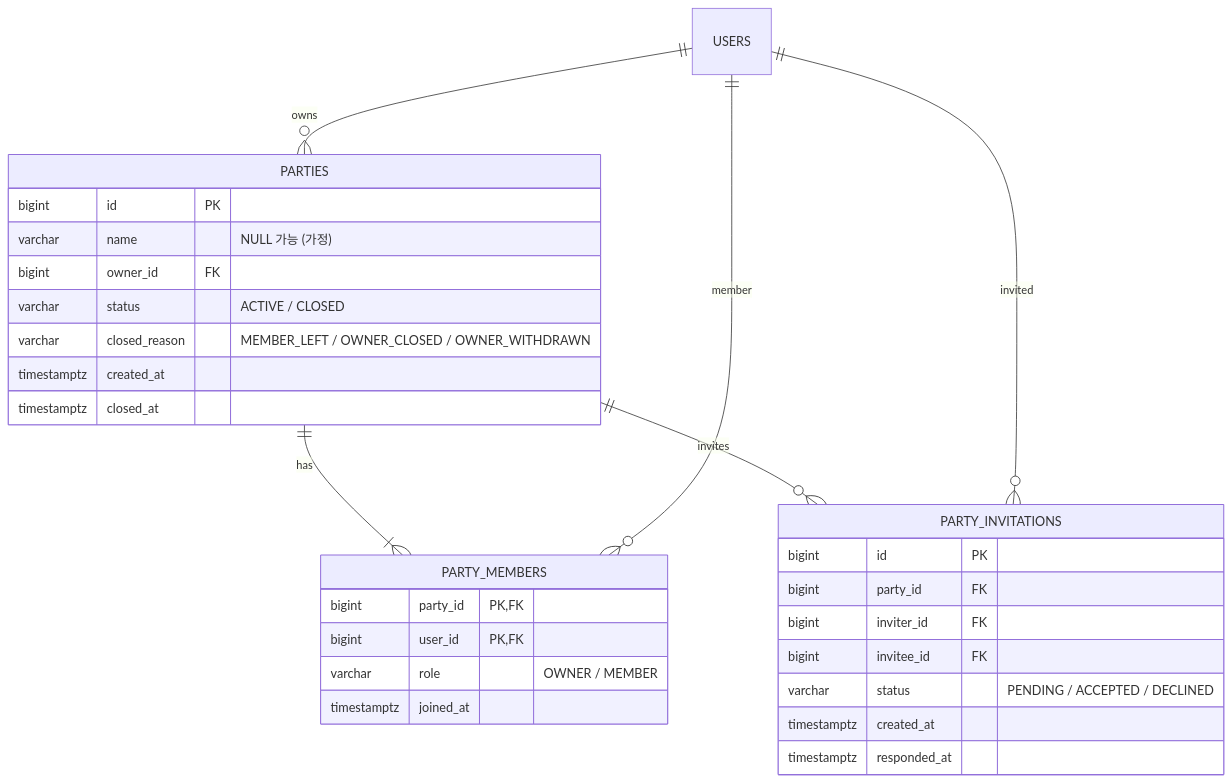
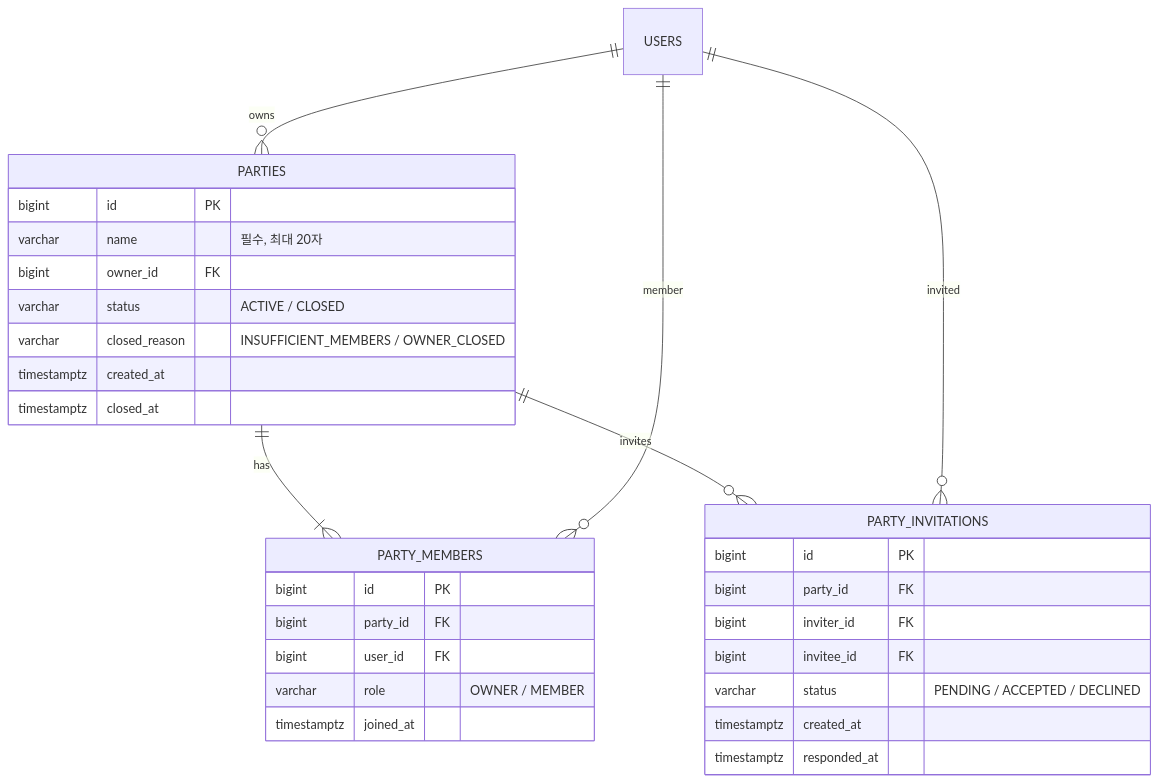
The sixth of 8 diagrams in docs/erd.md (koongya-studio/feelm), drawn with Mermaid before and after one commit. The commit also changed other lines of this file and 12 other files, not shown here.

````diff
--- a/docs/erd.md
+++ b/docs/erd.md
@@ -363,33 +336,34 @@
 ```mermaid
 erDiagram
     PARTIES {
         bigint id PK
-        varchar name "NULL 가능 (가정)"
+        varchar name "필수, 최대 20자"
         bigint owner_id FK
         varchar status "ACTIVE / CLOSED"
-        varchar closed_reason "MEMBER_LEFT / OWNER_CLOSED / OWNER_WITHDRAWN"
+        varchar closed_reason "INSUFFICIENT_MEMBERS / OWNER_CLOSED"
         timestamptz created_at
         timestamptz closed_at
     }
     PARTY_MEMBERS {
-        bigint party_id PK, FK
-        bigint user_id PK, FK
+        bigint id PK
+        bigint party_id FK
+        bigint user_id FK
         varchar role "OWNER / MEMBER"
         timestamptz joined_at
     }
     PARTY_INVITATIONS {
         bigint id PK
         bigint party_id FK
         bigint inviter_id FK
         bigint invitee_id FK
         varchar status "PENDING / ACCEPTED / DECLINED"
         timestamptz created_at
         timestamptz responded_at
     }
 
     USERS ||--o{ PARTIES : owns
     PARTIES ||--|{ PARTY_MEMBERS : has
     USERS ||--o{ PARTY_MEMBERS : member
     PARTIES ||--o{ PARTY_INVITATIONS : invites
     USERS ||--o{ PARTY_INVITATIONS : invited
 ```
````
